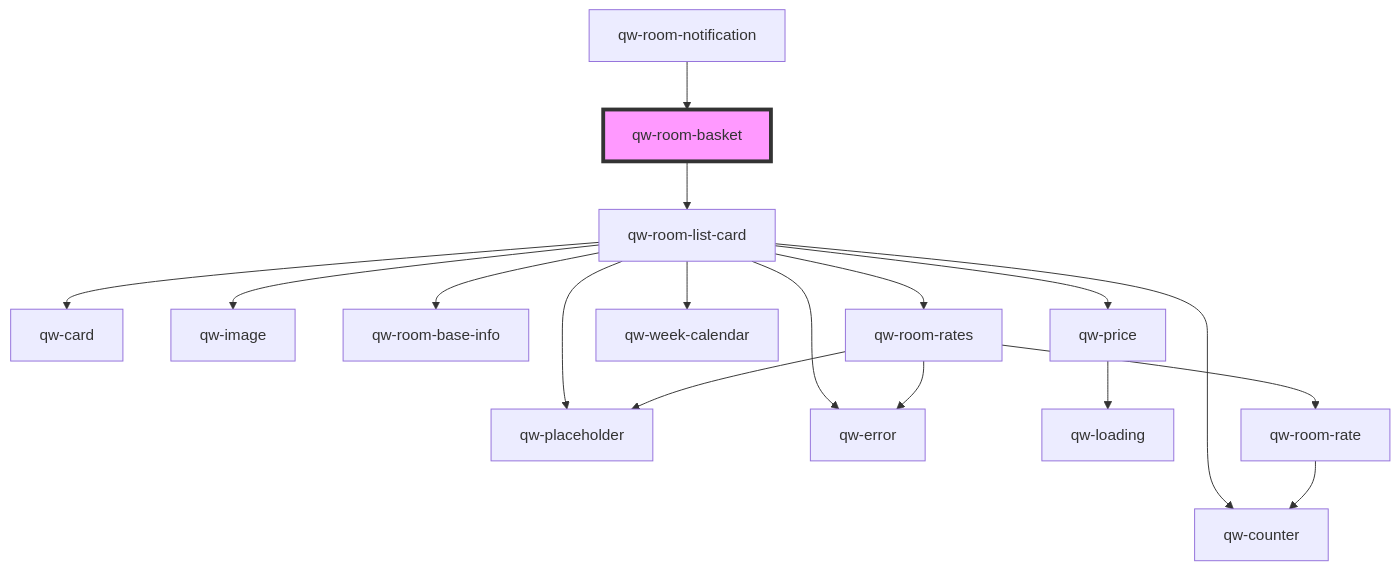
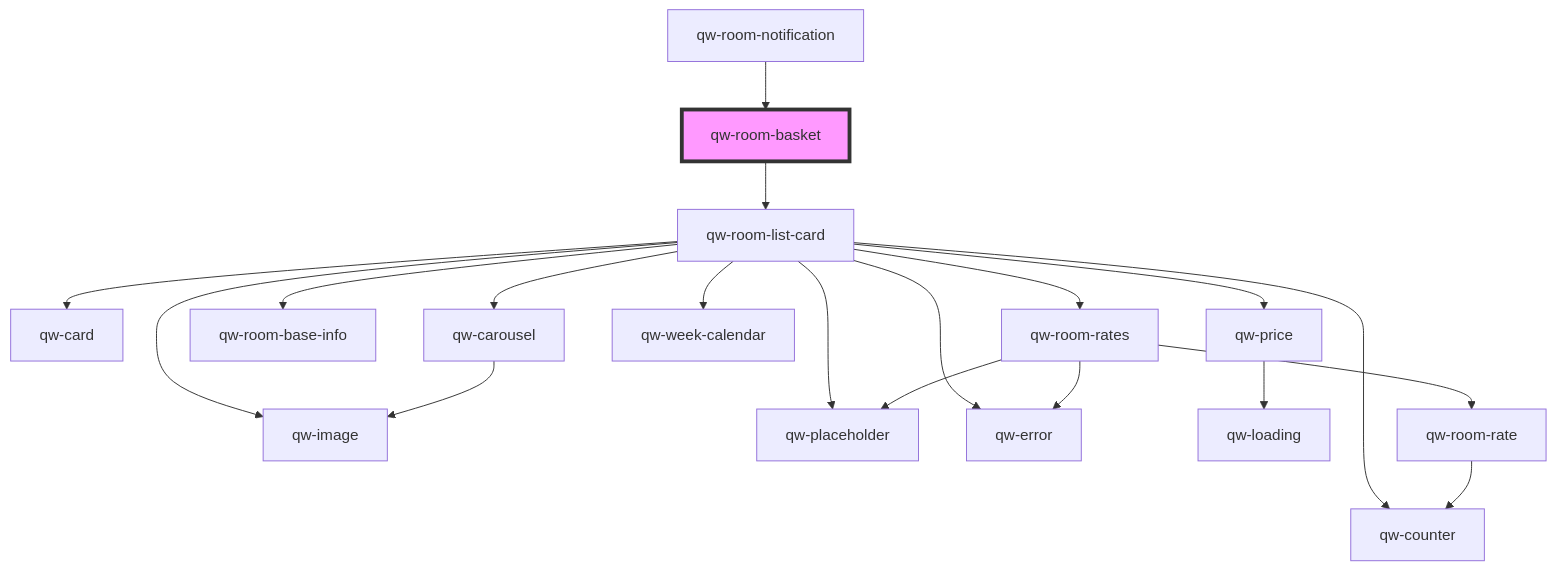
One commit to qwentes-team/qw-hotels changed the diagram in src/components/qw-room-basket/readme.md. Above: the diagram before and after it, drawn with Mermaid. The commit also changed 5 other files, not shown here.

````diff
--- a/src/components/qw-room-basket/readme.md
+++ b/src/components/qw-room-basket/readme.md
@@ -34,20 +34,22 @@
 ```mermaid
 graph TD;
   qw-room-basket --> qw-room-list-card
   qw-room-list-card --> qw-card
   qw-room-list-card --> qw-image
+  qw-room-list-card --> qw-carousel
   qw-room-list-card --> qw-room-base-info
   qw-room-list-card --> qw-placeholder
   qw-room-list-card --> qw-price
   qw-room-list-card --> qw-error
   qw-room-list-card --> qw-week-calendar
   qw-room-list-card --> qw-room-rates
   qw-room-list-card --> qw-counter
+  qw-carousel --> qw-image
   qw-price --> qw-loading
   qw-room-rates --> qw-room-rate
   qw-room-rates --> qw-placeholder
   qw-room-rates --> qw-error
   qw-room-rate --> qw-counter
   qw-room-notification --> qw-room-basket
   style qw-room-basket fill:#f9f,stroke:#333,stroke-width:4px
 ```
````
